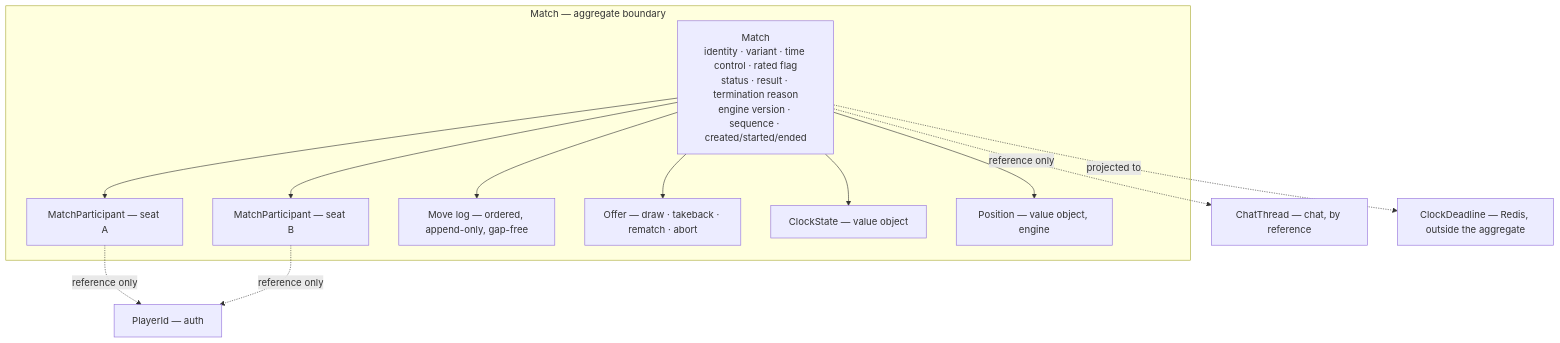
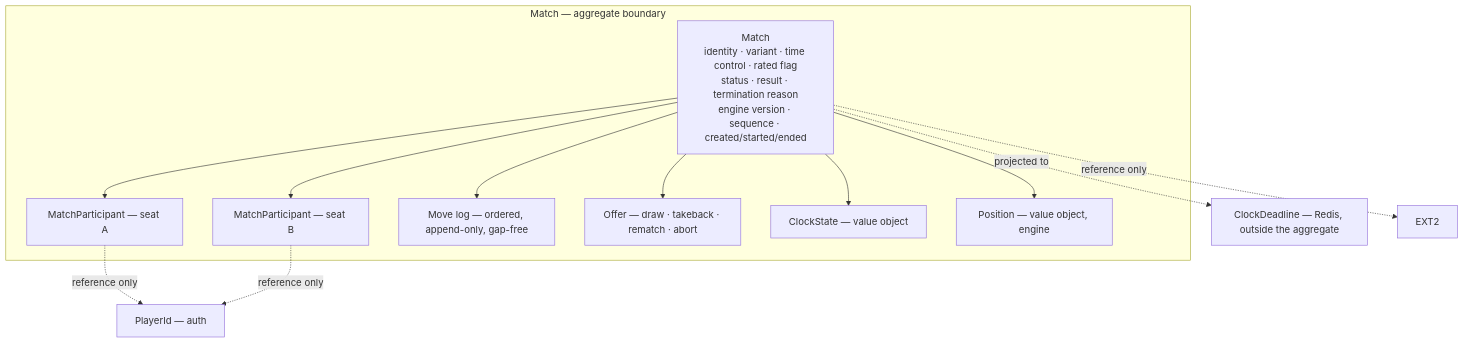
Before and after one commit to shohruh-yuldashov/arena64: the sixth of 8 diagrams in docs/01-architecture/domain-model.md, drawn with Mermaid. The commit also changed other lines of this file and 12 other files, not shown here.

````diff
--- a/docs/01-architecture/domain-model.md
+++ b/docs/01-architecture/domain-model.md
@@ -754,27 +803,26 @@
 ```mermaid
 flowchart TB
     subgraph agg["Match — aggregate boundary"]
         M["Match<br/>identity · variant · time control · rated flag<br/>status · result · termination reason<br/>engine version · sequence · created/started/ended"]
         P1["MatchParticipant — seat A"]
         P2["MatchParticipant — seat B"]
         MV["Move log — ordered, append-only, gap-free"]
         OF["Offer — draw · takeback · rematch · abort"]
         CS["ClockState — value object"]
         POS["Position — value object, engine"]
     end
 
     EXT1["PlayerId — auth"]
-    EXT2["ChatThread — chat, by reference"]
     EXT3["ClockDeadline — Redis, outside the aggregate"]
 
     M --> P1
     M --> P2
     M --> MV
     M --> OF
     M --> CS
     M --> POS
     P1 -.->|"reference only"| EXT1
     P2 -.->|"reference only"| EXT1
     M -.->|"reference only"| EXT2
     M -.->|"projected to"| EXT3
 ```
````
